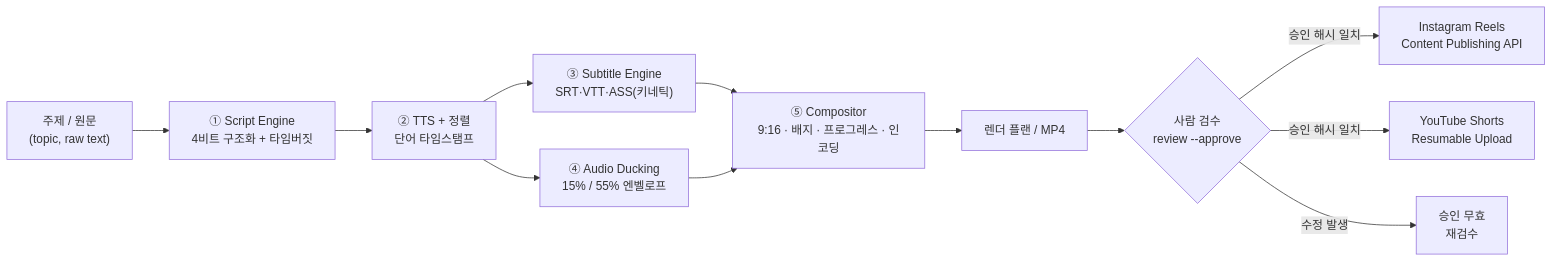
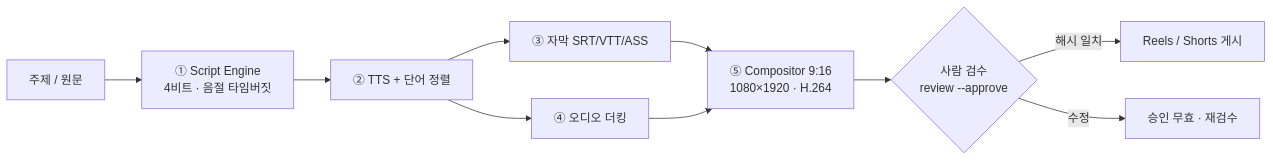
One commit to Shye-Seo/sns-shortform-automation changed the fourth of 4 diagrams in README.md. Above: the diagram before and after it, drawn with Mermaid. The commit also changed other lines of this file and 2 other files, not shown here.

First line of the commit message:
docs: reposition as a B2B distributed pipeline and add the architecture spec

````diff
--- a/README.md
+++ b/README.md
@@ -36,14 +366,12 @@
 ```mermaid
 flowchart LR
-    A["주제 / 원문<br/>(topic, raw text)"] --> B["① Script Engine<br/>4비트 구조화 + 타임버짓"]
-    B --> C["② TTS + 정렬<br/>단어 타임스탬프"]
-    C --> D["③ Subtitle Engine<br/>SRT·VTT·ASS(키네틱)"]
-    C --> E["④ Audio Ducking<br/>15% / 55% 엔벨로프"]
-    D --> F["⑤ Compositor<br/>9:16 · 배지 · 프로그레스 · 인코딩"]
+    A["주제 / 원문"] --> B["① Script Engine<br/>4비트 · 음절 타임버짓"]
+    B --> C["② TTS + 단어 정렬"]
+    C --> D["③ 자막 SRT/VTT/ASS"]
+    C --> E["④ 오디오 더킹"]
+    D --> F["⑤ Compositor 9:16<br/>1080×1920 · H.264"]
     E --> F
-    F --> G["렌더 플랜 / MP4"]
-    G --> H{"사람 검수<br/>review --approve"}
-    H -->|승인 해시 일치| I["Instagram Reels<br/>Content Publishing API"]
-    H -->|승인 해시 일치| J["YouTube Shorts<br/>Resumable Upload"]
-    H -->|수정 발생| K["승인 무효<br/>재검수"]
+    F --> G{"사람 검수<br/>review --approve"}
+    G -->|해시 일치| H["Reels / Shorts 게시"]
+    G -->|수정| I["승인 무효 · 재검수"]
 ```
````
